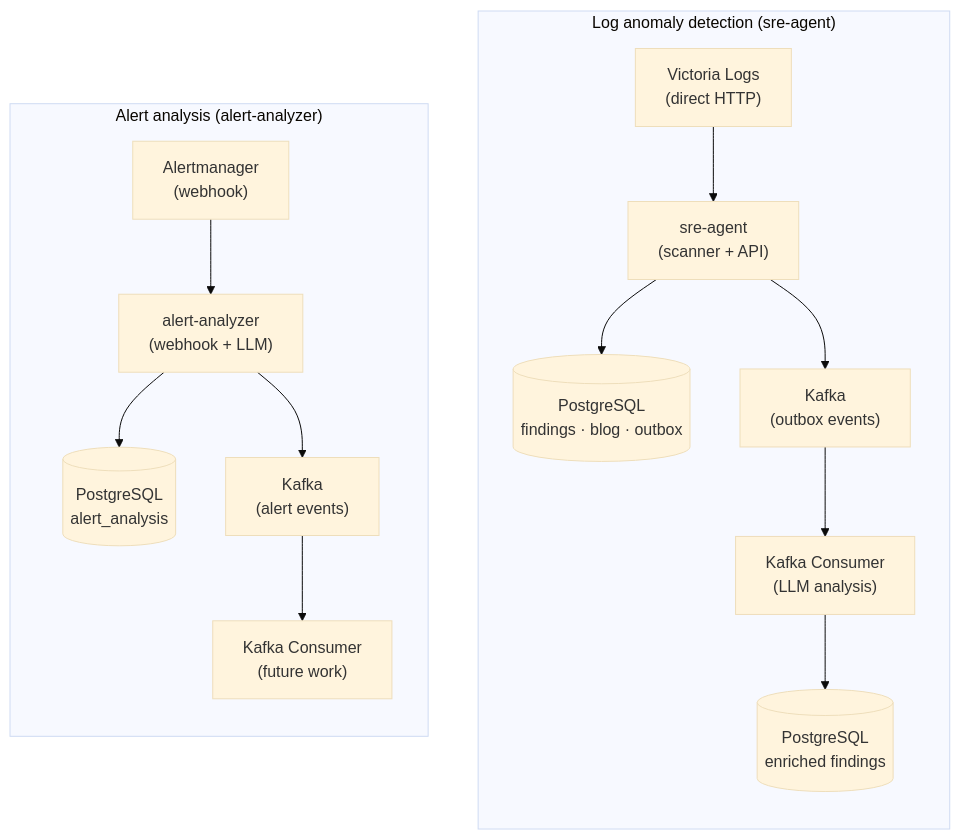
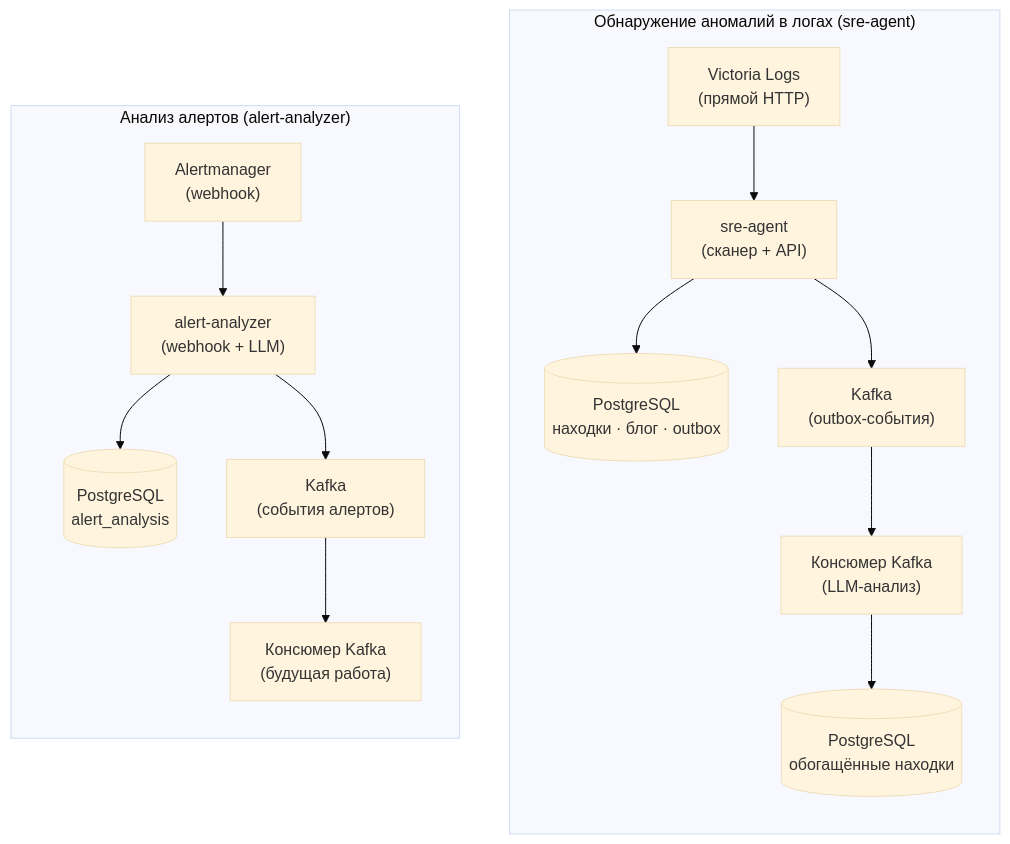
Before and after one commit to KatenKyoukotsu/auto-sre: the diagram in docs/code-review.md, drawn with Mermaid (base theme). The commit also changed other lines of this file and 5 other files, not shown here.

````diff
--- a/docs/code-review.md
+++ b/docs/code-review.md
@@ -26,19 +26,19 @@
 ```mermaid
 flowchart TB
-    subgraph logflow ["Log anomaly detection (sre-agent)"]
+    subgraph logflow ["Обнаружение аномалий в логах (sre-agent)"]
         direction TB
-        VL["Victoria Logs<br/>(direct HTTP)"] --> SA["sre-agent<br/>(scanner + API)"]
-        SA --> PG[("PostgreSQL<br/>findings · blog · outbox")]
-        SA --> K["Kafka<br/>(outbox events)"]
-        K --> KC["Kafka Consumer<br/>(LLM analysis)"]
-        KC --> PG2[("PostgreSQL<br/>enriched findings")]
+        VL["Victoria Logs<br/>(прямой HTTP)"] --> SA["sre-agent<br/>(сканер + API)"]
+        SA --> PG[("PostgreSQL<br/>находки · блог · outbox")]
+        SA --> K["Kafka<br/>(outbox-события)"]
+        K --> KC["Консюмер Kafka<br/>(LLM-анализ)"]
+        KC --> PG2[("PostgreSQL<br/>обогащённые находки")]
     end
 
-    subgraph alertflow ["Alert analysis (alert-analyzer)"]
+    subgraph alertflow ["Анализ алертов (alert-analyzer)"]
         direction TB
         AM["Alertmanager<br/>(webhook)"] --> AA["alert-analyzer<br/>(webhook + LLM)"]
         AA --> APG[("PostgreSQL<br/>alert_analysis")]
-        AA --> AK["Kafka<br/>(alert events)"]
-        AK --> AKC["Kafka Consumer<br/>(future work)"]
+        AA --> AK["Kafka<br/>(события алертов)"]
+        AK --> AKC["Консюмер Kafka<br/>(будущая работа)"]
     end
 ```
````
